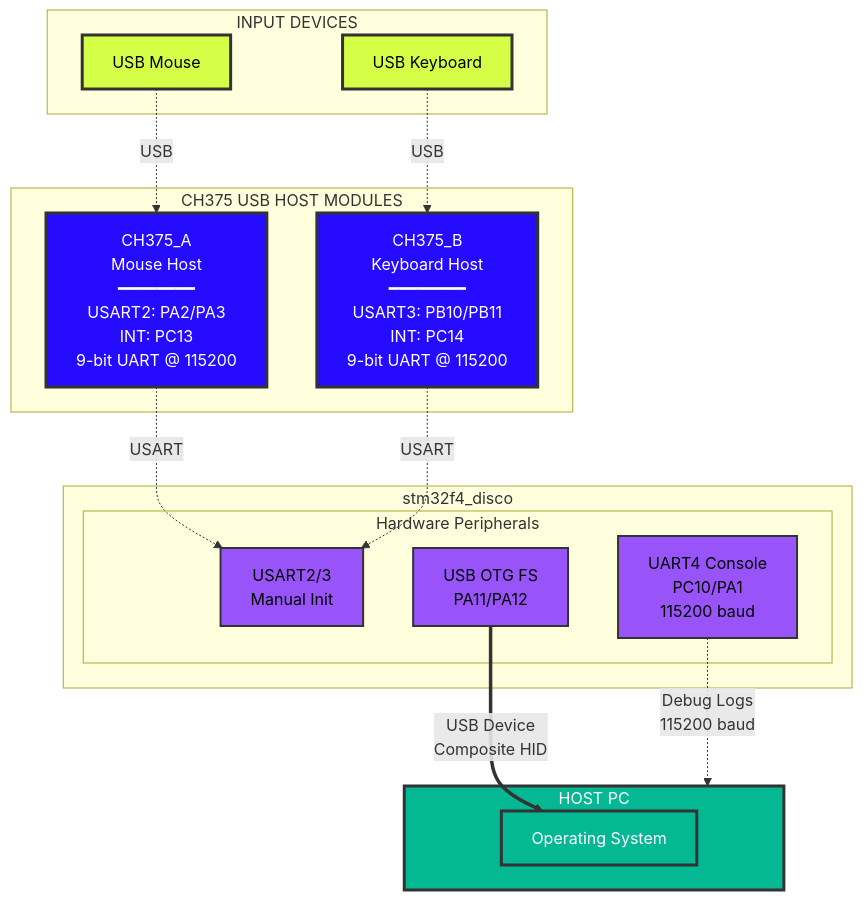
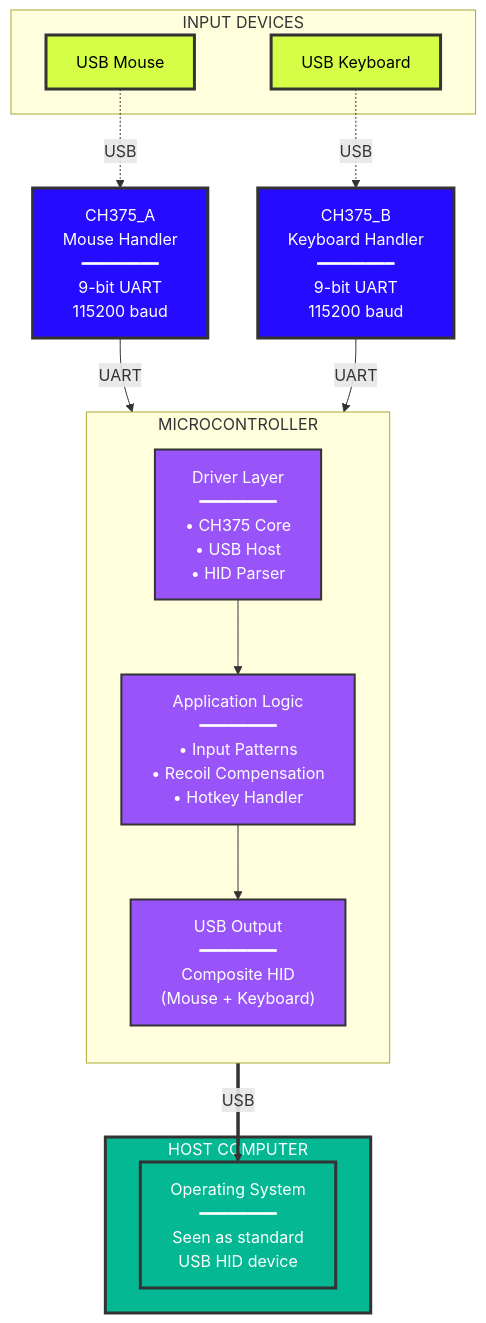
Before and after one commit to akaDestrocore/GhostHIDe: the diagram in README.md, drawn with Mermaid. The commit also changed other lines of this file, not shown here.

````diff
--- a/README.md
+++ b/README.md
@@ -13,44 +50,42 @@
 ```mermaid
 graph TB
     subgraph INPUT["INPUT DEVICES"]
         MOUSE["USB Mouse"]
         KEYBOARD["USB Keyboard"]
     end
 
-    subgraph CH375_LAYER["CH375 USB HOST MODULES"]
-        CH375A["CH375_A<br/>Mouse Host<br/>━━━━━━━━<br/>USART2: PA2/PA3<br/>INT: PC13<br/>9-bit UART @ 115200"]
-        CH375B["CH375_B<br/>Keyboard Host<br/>━━━━━━━━<br/>USART3: PB10/PB11<br/>INT: PC14<br/>9-bit UART @ 115200"]
+    CH375A["CH375_A<br/>Mouse Handler<br/>━━━━━━━━<br/>9-bit UART<br/>115200 baud"]
+    CH375B["CH375_B<br/>Keyboard Handler<br/>━━━━━━━━<br/>9-bit UART<br/>115200 baud"]
+
+    subgraph MCU["MICROCONTROLLER"]
+        direction TB
+        DRIVERS["Driver Layer<br/>━━━━━━━━<br/>• CH375 Core<br/>• USB Host<br/>• HID Parser"]
+        LOGIC["Application Logic<br/>━━━━━━━━<br/>• Input Patterns<br/>• Recoil Compensation<br/>• Hotkey Handler"]
+        OUTPUT["USB Output<br/>━━━━━━━━<br/>Composite HID<br/>(Mouse + Keyboard)"]
+        
+        DRIVERS --> LOGIC
+        LOGIC --> OUTPUT
     end
 
-    subgraph STM32["stm32f4_disco"]
-        subgraph HW["Hardware Peripherals"]
-            USART["USART2/3<br/>Manual Init"]
-            USBOTG["USB OTG FS<br/>PA11/PA12"]
-            CONSOLE["UART4 Console<br/>PC10/PA1<br/>115200 baud"]
-        end
-    end
-
-    subgraph PC["HOST PC"]
-        OS["Operating System"]
+    subgraph PC["HOST COMPUTER"]
+        OS["Operating System<br/>━━━━━━━━<br/>Seen as standard<br/>USB HID device"]
     end
 
     MOUSE -.->|USB| CH375A
     KEYBOARD -.->|USB| CH375B
-
-    CH375A -.->|USART| USART
-    CH375B -.->|USART| USART
     
-    USBOTG ==>|"USB Device<br/>Composite HID"| OS
-
-    CONSOLE -.->|"Debug Logs<br/>115200 baud"| PC
+    CH375A -->|UART| DRIVERS
+    CH375B -->|UART| DRIVERS
+    
+    OUTPUT ==>|USB| OS
 
     classDef inputDevice fill:#D5FF46,stroke:#333,stroke-width:3px,color:#000
     classDef usbChip fill:#250BFF,stroke:#333,stroke-width:3px,color:#fff
-    classDef hardware fill:#9854F9,stroke:#333,stroke-width:2px,color:#000
+    classDef mcu fill:#9854F9,stroke:#333,stroke-width:2px,color:#fff
     classDef pc fill:#03B893,stroke:#333,stroke-width:3px,color:#fff
 
     class MOUSE,KEYBOARD inputDevice
     class CH375A,CH375B usbChip
-    class USART,USBOTG,CONSOLE hardware
+    class DRIVERS,LOGIC,OUTPUT mcu
     class OS,PC pc
 ```
````
